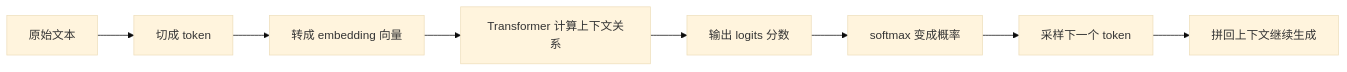
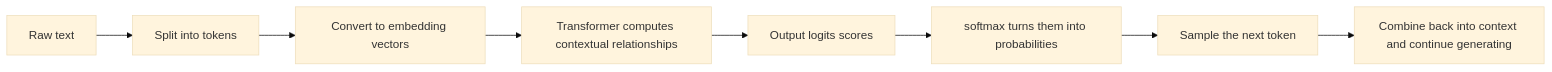
One commit to oudbiao/AI-fullstack-course changed the diagram in docs/ch07-llm-principles/ch02-llm-overview/02-core-concepts.md. Above: the diagram before and after it, drawn with Mermaid (base theme). The commit also changed other lines of this file and 1406 other files, not shown here.

````diff
--- a/docs/ch07-llm-principles/ch02-llm-overview/02-core-concepts.md
+++ b/docs/ch07-llm-principles/ch02-llm-overview/02-core-concepts.md
@@ -39,10 +39,10 @@
 ```mermaid
 flowchart LR
-    A["原始文本"] --> B["切成 token"]
-    B --> C["转成 embedding 向量"]
-    C --> D["Transformer 计算上下文关系"]
-    D --> E["输出 logits 分数"]
-    E --> F["softmax 变成概率"]
-    F --> G["采样下一个 token"]
-    G --> H["拼回上下文继续生成"]
+    A["Raw text"] --> B["Split into tokens"]
+    B --> C["Convert to embedding vectors"]
+    C --> D["Transformer computes contextual relationships"]
+    D --> E["Output logits scores"]
+    E --> F["softmax turns them into probabilities"]
+    F --> G["Sample the next token"]
+    G --> H["Combine back into context and continue generating"]
 ```
````
